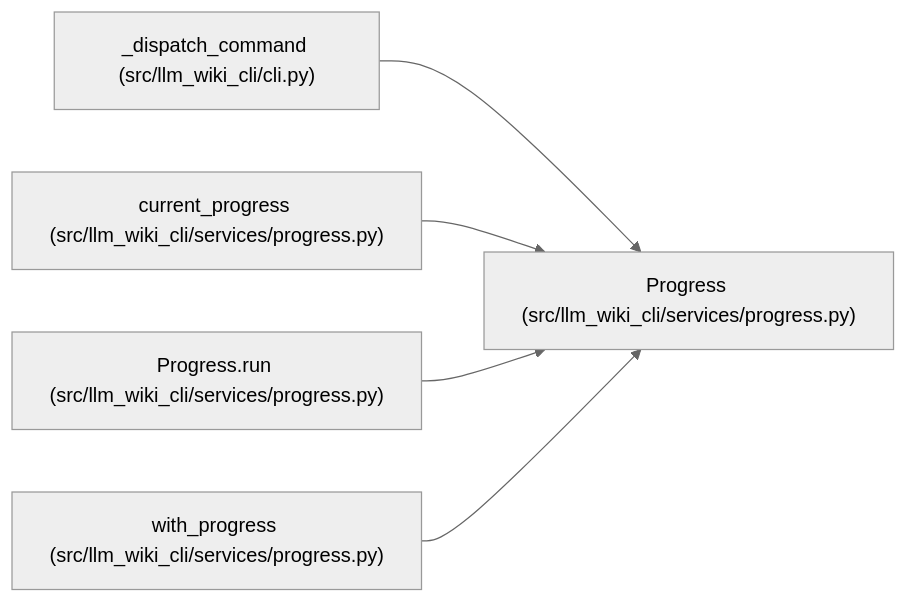
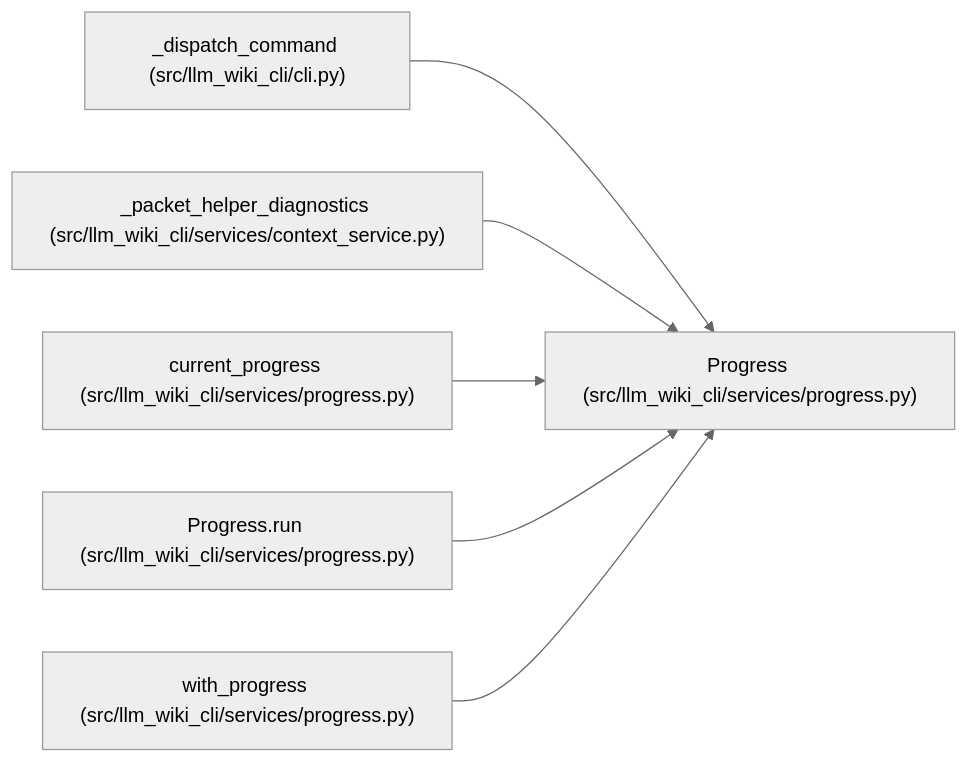
Before and after one commit to Denissvgn/python-wiki-llm: the diagram in docs/llm_wiki/entities/Progress.md, drawn with Mermaid (neutral theme). The commit also changed other lines of this file and 761 other files, not shown here.

Commit message:
docs: sync the project wiki with the helper and release improvements

````diff
--- a/docs/llm_wiki/entities/Progress.md
+++ b/docs/llm_wiki/entities/Progress.md
@@ -31,17 +31,20 @@
 ```mermaid
 flowchart LR
     n0["Progress (src/llm_wiki_cli/services/progress.py)"]
     n1["_dispatch_command (src/llm_wiki_cli/cli.py)"]
-    n2["current_progress (src/llm_wiki_cli/services/progress.py)"]
-    n3["Progress.run (src/llm_wiki_cli/services/progress.py)"]
-    n4["with_progress (src/llm_wiki_cli/services/progress.py)"]
+    n2["_packet_helper_diagnostics (src/llm_wiki_cli/services/context_service.py)"]
+    n3["current_progress (src/llm_wiki_cli/services/progress.py)"]
+    n4["Progress.run (src/llm_wiki_cli/services/progress.py)"]
+    n5["with_progress (src/llm_wiki_cli/services/progress.py)"]
     n1 --> n0
     n2 --> n0
     n3 --> n0
     n4 --> n0
+    n5 --> n0
     click n0 "../modules/progress.md"
     click n1 "../modules/cli.md"
-    click n2 "../modules/progress.md"
+    click n2 "../modules/context_service.md"
     click n3 "../modules/progress.md"
     click n4 "../modules/progress.md"
+    click n5 "../modules/progress.md"
 ```
````
